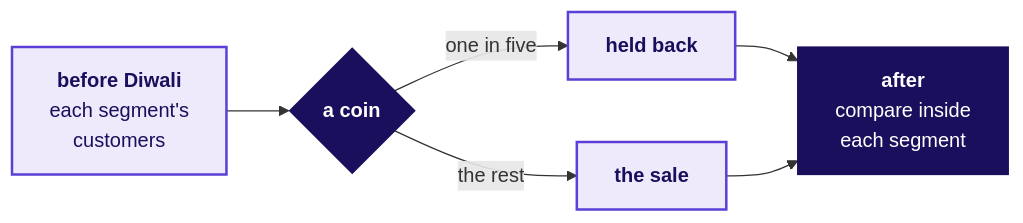
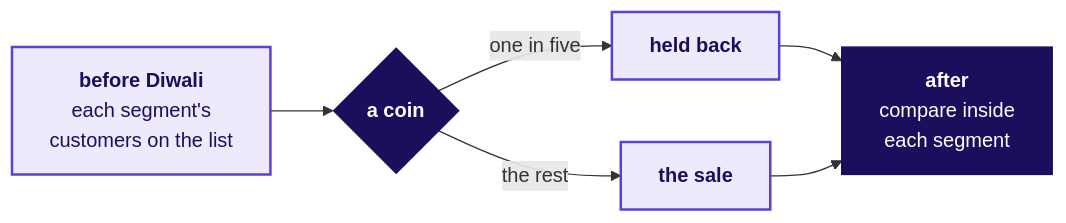
The fifth of 15 diagrams in content/W01/D4/slides/C2_W01_D04_half2_STUDENT.md (fde-academy-lab/c2-content-factory), drawn with Mermaid before and after one commit. The commit also changed other lines of this file and 4 other files, not shown here.

````diff
--- a/content/W01/D4/slides/C2_W01_D04_half2_STUDENT.md
+++ b/content/W01/D4/slides/C2_W01_D04_half2_STUDENT.md
@@ -209,12 +221,12 @@
 ```mermaid
 flowchart LR
-    L["<b>before Diwali</b><br/>each segment's<br/>customers"] --> C{"<b>a coin</b>"}
+    L["<b>before Diwali</b><br/>each segment's<br/>customers on the list"] --> C{"<b>a coin</b>"}
     C -->|"one in five"| H["<b>held back</b>"]
     C -->|"the rest"| S["<b>the sale</b>"]
     H --> M["<b>after</b><br/>compare inside<br/>each segment"]
     S --> M
     classDef known fill:#EEEAFB,stroke:#5B3FD6,color:#1A0F5C,stroke-width:2px
     classDef bet fill:#1A0F5C,stroke:#1A0F5C,color:#FFFFFF
     class L,H,S known
     class C,M bet
 ```
````
